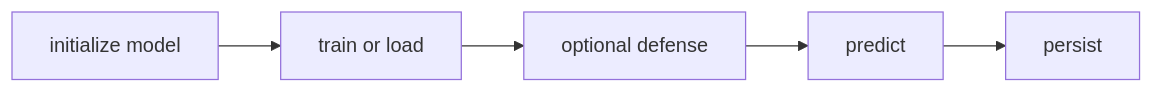
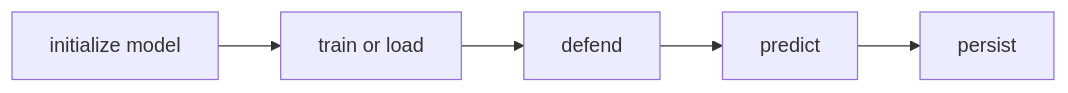
The third of 18 diagrams in docs/overview/flowcharts.md (simplymathematics/deckard), drawn with Mermaid before and after one commit. The commit also changed other lines of this file and 28 other files, not shown here.

````diff
--- a/docs/overview/flowcharts.md
+++ b/docs/overview/flowcharts.md
@@ -81,7 +63,7 @@
 ```mermaid
 flowchart LR
   A[initialize model]:::model --> B[train or load]:::model
-  B --> C[optional defense]:::model
+  B --> C[defend]:::model
   C --> D[predict]:::model
   D --> E[persist]:::files
 ```
````
